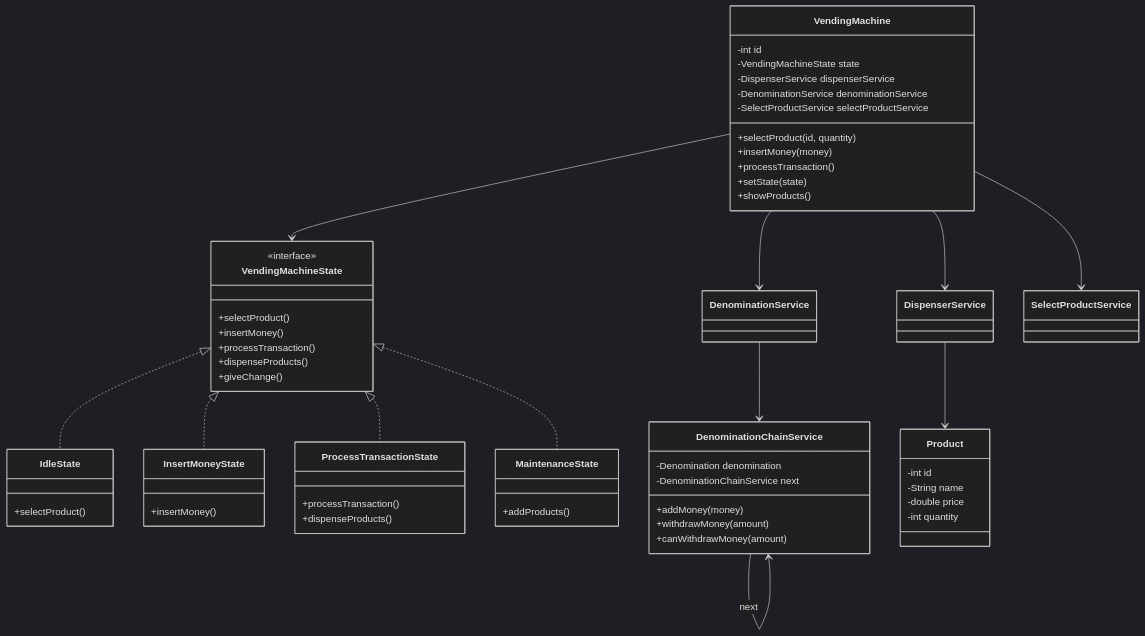
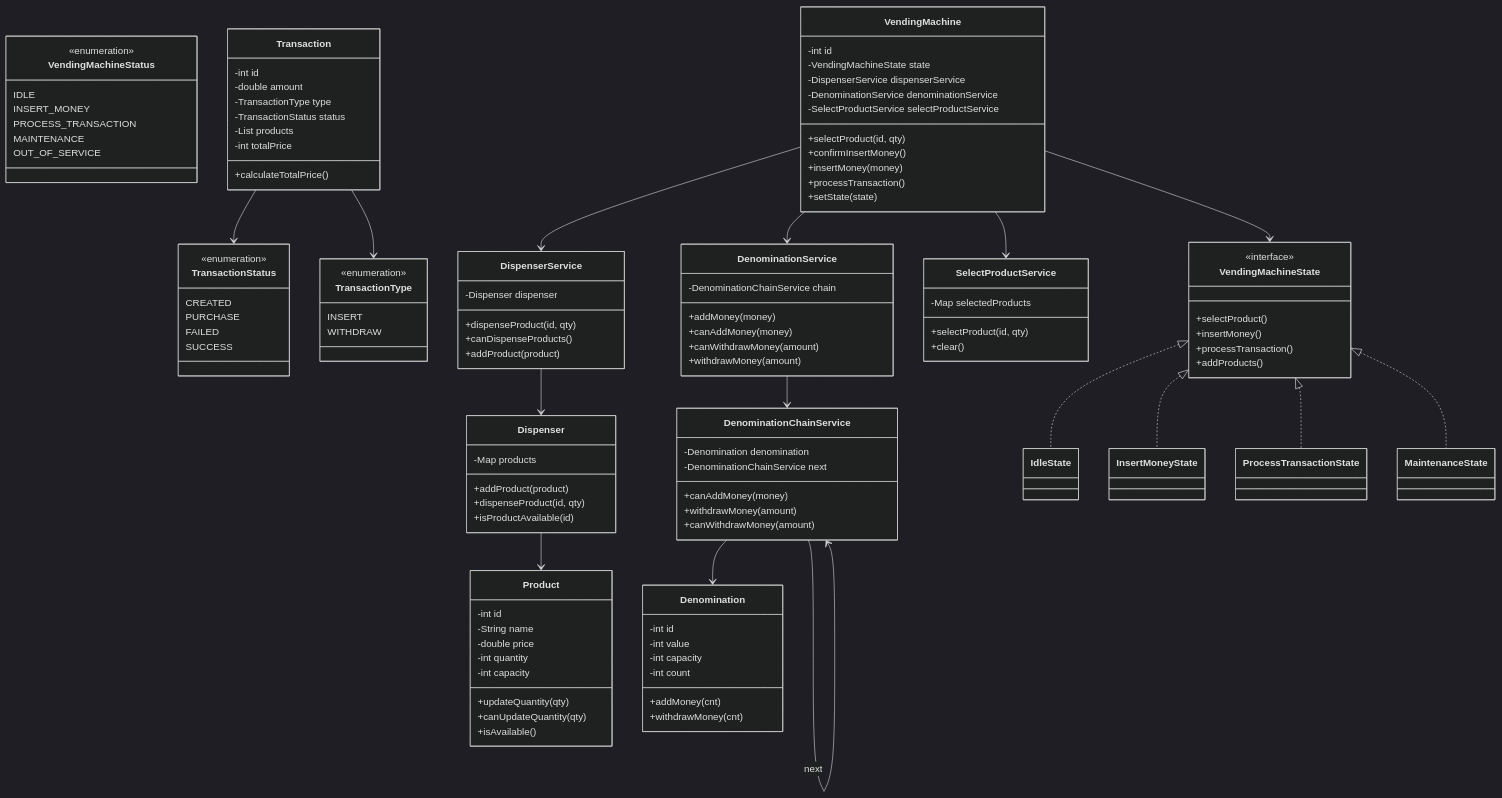
One commit to Omkarcode11/Vending-Machine-LLD- changed the diagram in README.md. Above: the diagram before and after it, drawn with Mermaid (dark theme). The commit also changed other lines of this file, not shown here.

Commit message:
docs: enhance README with detailed features, architecture, UML diagram, workflow, and test instructions.

````diff
--- a/README.md
+++ b/README.md
@@ -34,68 +34,140 @@
 ```mermaid
 classDiagram
+    direction TB
+
+    %% Enums
+    class VendingMachineStatus {
+        <<enumeration>>
+        IDLE
+        INSERT_MONEY
+        PROCESS_TRANSACTION
+        MAINTENANCE
+        OUT_OF_SERVICE
+    }
+
+    class TransactionStatus {
+        <<enumeration>>
+        CREATED
+        PURCHASE
+        FAILED
+        SUCCESS
+    }
+
+    class TransactionType {
+        <<enumeration>>
+        INSERT
+        WITHDRAW
+    }
+
+    %% Models
+    class Product {
+        -int id
+        -String name
+        -double price
+        -int quantity
+        -int capacity
+        +updateQuantity(qty)
+        +canUpdateQuantity(qty)
+        +isAvailable()
+    }
+
+    class Denomination {
+        -int id
+        -int value
+        -int capacity
+        -int count
+        +addMoney(cnt)
+        +withdrawMoney(cnt)
+    }
+
+    class Dispenser {
+        -Map<Integer, Product> products
+        +addProduct(product)
+        +dispenseProduct(id, qty)
+        +isProductAvailable(id)
+    }
+
+    class Transaction {
+        -int id
+        -double amount
+        -TransactionType type
+        -TransactionStatus status
+        -List<Integer> products
+        -int totalPrice
+        +calculateTotalPrice()
+    }
+
+    %% Services
+    class DispenserService {
+        -Dispenser dispenser
+        +dispenseProduct(id, qty)
+        +canDispenseProducts()
+        +addProduct(product)
+    }
+
+    class DenominationService {
+        -DenominationChainService chain
+        +addMoney(money)
+        +canAddMoney(money)
+        +canWithdrawMoney(amount)
+        +withdrawMoney(amount)
+    }
+
+    class SelectProductService {
+        -Map<Integer, Integer> selectedProducts
+        +selectProduct(id, qty)
+        +clear()
+    }
+
+    class DenominationChainService {
+        -Denomination denomination
+        -DenominationChainService next
+        +canAddMoney(money)
+        +withdrawMoney(amount)
+        +canWithdrawMoney(amount)
+    }
+
+    %% Core System
     class VendingMachine {
         -int id
         -VendingMachineState state
         -DispenserService dispenserService
         -DenominationService denominationService
         -SelectProductService selectProductService
-        +selectProduct(id, quantity)
+        +selectProduct(id, qty)
+        +confirmInsertMoney()
         +insertMoney(money)
         +processTransaction()
         +setState(state)
-        +showProducts()
     }
 
+    %% States
     class VendingMachineState {
         <<interface>>
         +selectProduct()
         +insertMoney()
         +processTransaction()
-        +dispenseProducts()
-        +giveChange()
-    }
-
-    class IdleState {
-        +selectProduct()
-    }
-    class InsertMoneyState {
-        +insertMoney()
-    }
-    class ProcessTransactionState {
-        +processTransaction()
-        +dispenseProducts()
-    }
-    class MaintenanceState {
         +addProducts()
     }
 
+    %% Relationships
+    VendingMachine --> VendingMachineState
+    VendingMachine --> DispenserService
+    VendingMachine --> DenominationService
+    VendingMachine --> SelectProductService
+    
+    DispenserService --> Dispenser
+    Dispenser --> Product
+    
+    DenominationService --> DenominationChainService
+    DenominationChainService --> Denomination
+    DenominationChainService --> DenominationChainService : next
+    
     VendingMachineState <|.. IdleState
     VendingMachineState <|.. InsertMoneyState
     VendingMachineState <|.. ProcessTransactionState
     VendingMachineState <|.. MaintenanceState
-    VendingMachine --> VendingMachineState
-
-    VendingMachine --> DispenserService
-    VendingMachine --> DenominationService
-    VendingMachine --> SelectProductService
-
-    class DenominationChainService {
-        -Denomination denomination
-        -DenominationChainService next
-        +addMoney(money)
-        +withdrawMoney(amount)
-        +canWithdrawMoney(amount)
-    }
-
-    DenominationService --> DenominationChainService
-    DenominationChainService --> DenominationChainService : next
-
-    class Product {
-        -int id
-        -String name
-        -double price
-        -int quantity
-    }
-
-    DispenserService --> Product
+    
+    Transaction --> TransactionStatus
+    Transaction --> TransactionType
 ```
````
